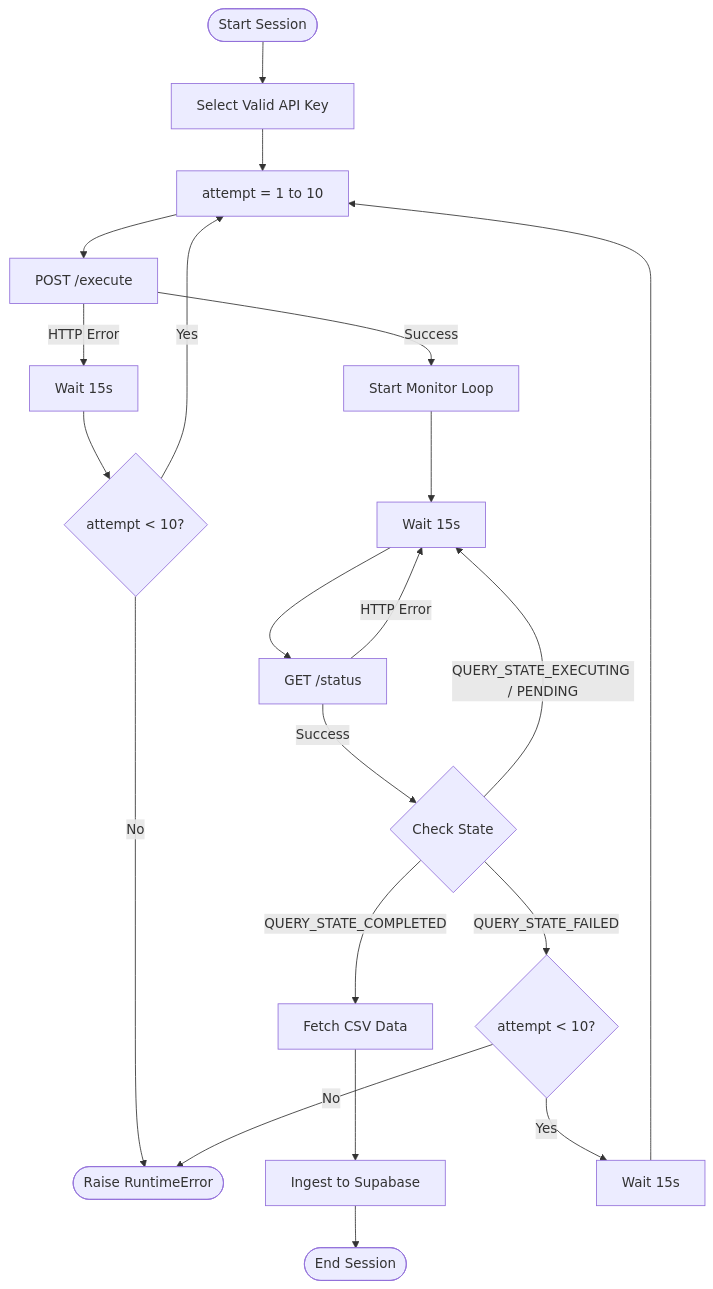
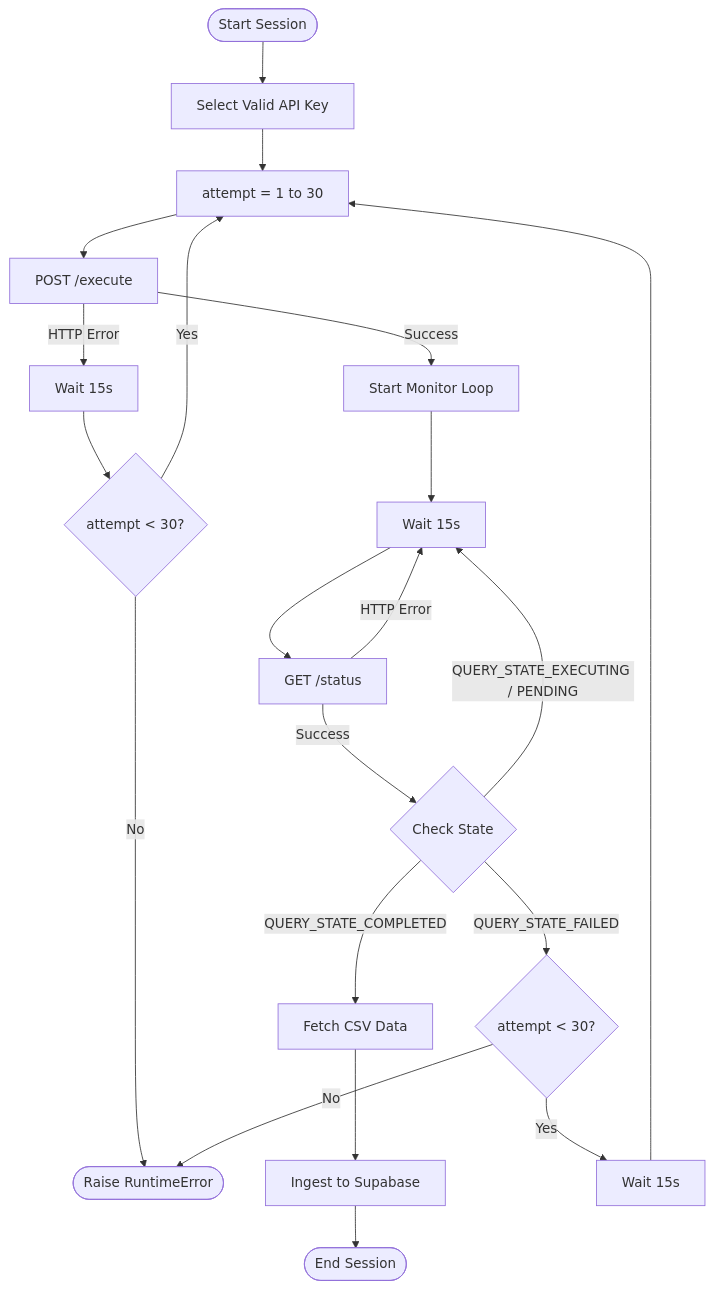
Before and after one commit to joshuatochinwachi/Yield-Sage: the first of 6 diagrams in docs/dune_fetcher_retry.md, drawn with Mermaid. The commit also changed other lines of this file and 1 other file, not shown here.

````diff
--- a/docs/dune_fetcher_retry.md
+++ b/docs/dune_fetcher_retry.md
@@ -18,34 +18,34 @@
 ```mermaid
 flowchart TD
     Start([Start Session]) --> SelectKey[Select Valid API Key]
-    SelectKey --> InitAttempt[attempt = 1 to 10]
+    SelectKey --> InitAttempt[attempt = 1 to 30]
     
     InitAttempt --> TriggerExec[POST /execute]
     
     TriggerExec -- HTTP Error --> WaitTrigger[Wait 15s]
-    WaitTrigger --> CheckAttempt1{attempt < 10?}
+    WaitTrigger --> CheckAttempt1{attempt < 30?}
     CheckAttempt1 -- Yes --> InitAttempt
     CheckAttempt1 -- No --> Fail([Raise RuntimeError])
     
     TriggerExec -- Success --> Monitor[Start Monitor Loop]
     
     Monitor --> WaitPoll[Wait 15s]
     WaitPoll --> PollStatus[GET /status]
     
     PollStatus -- HTTP Error --> WaitPoll
     
     PollStatus -- Success --> StateCheck{Check State}
     
     StateCheck -- "QUERY_STATE_COMPLETED" --> FetchCSV[Fetch CSV Data]
     FetchCSV --> Ingest[Ingest to Supabase]
     Ingest --> End([End Session])
     
     StateCheck -- "QUERY_STATE_EXECUTING / PENDING" --> WaitPoll
     
-    StateCheck -- "QUERY_STATE_FAILED" --> CheckAttempt2{attempt < 10?}
+    StateCheck -- "QUERY_STATE_FAILED" --> CheckAttempt2{attempt < 30?}
     
     CheckAttempt2 -- Yes --> WaitFail[Wait 15s]
     WaitFail --> InitAttempt
     
     CheckAttempt2 -- No --> Fail
 ```
````
